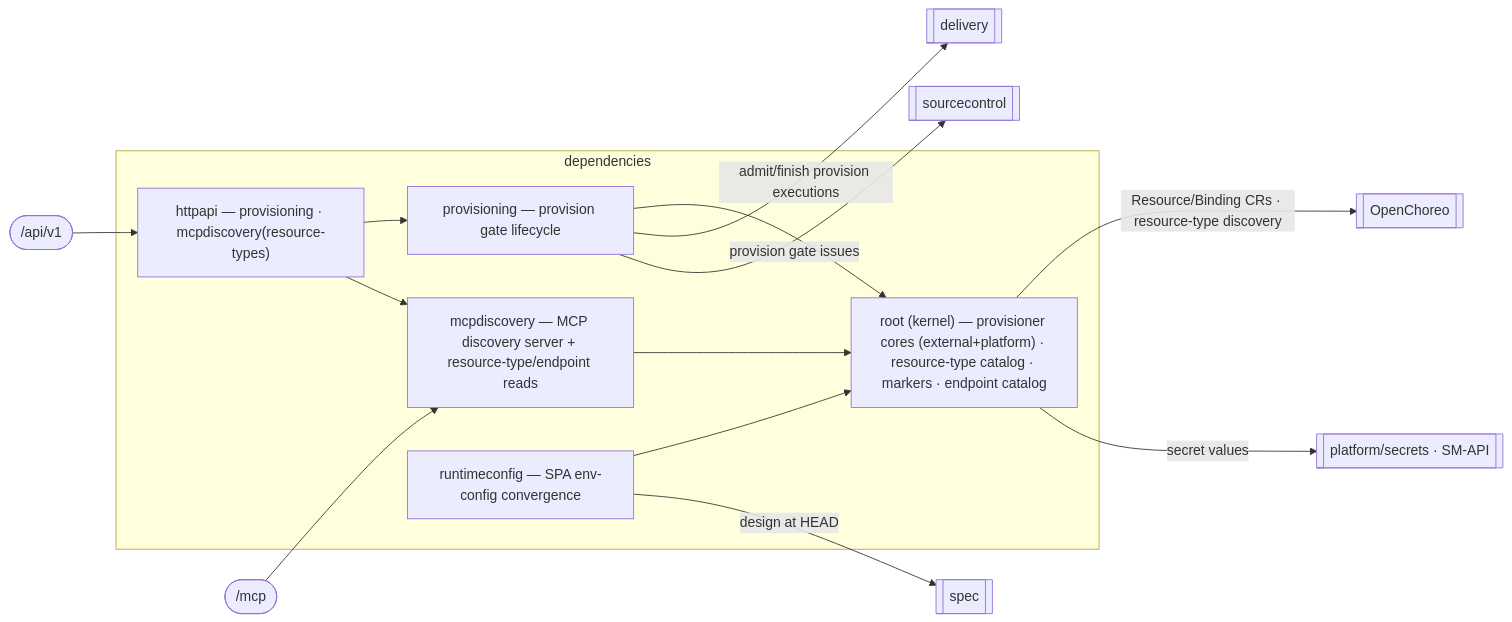
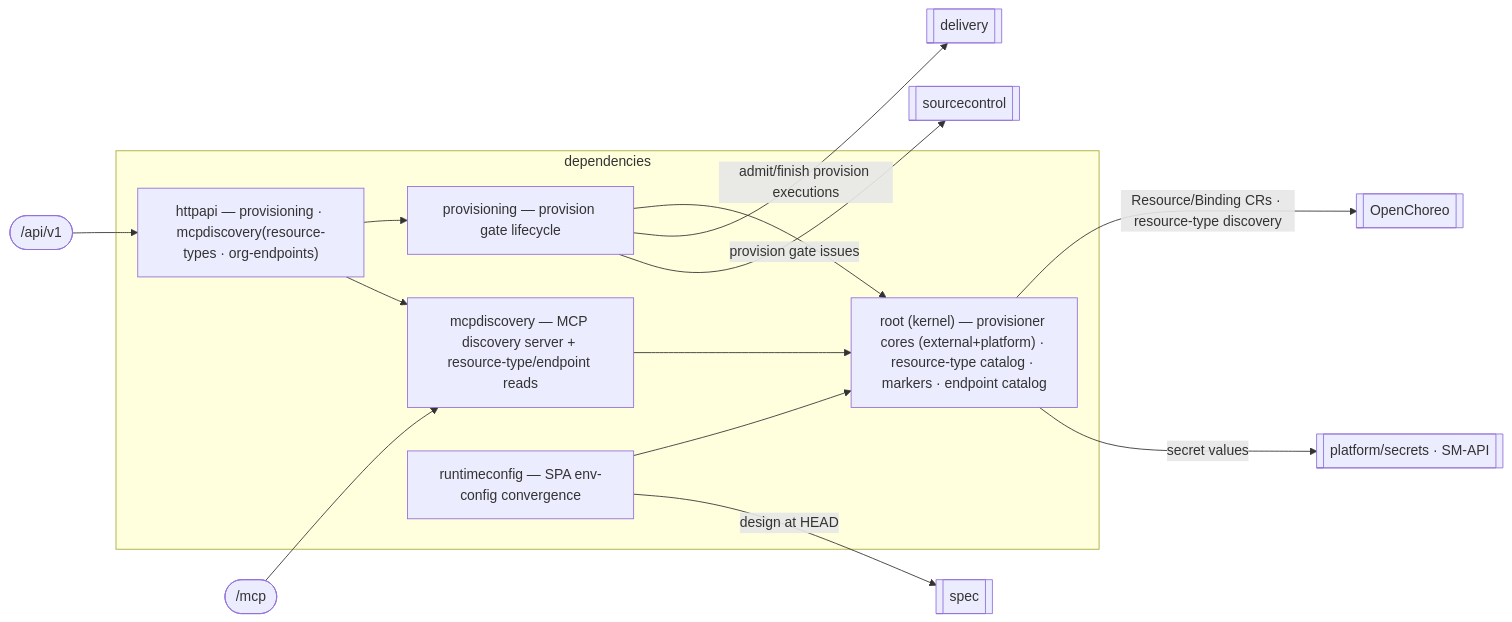
Before and after one commit to wso2/labs-agentic-engineer: the diagram in services/aep-api/internal/dependencies/README.md, drawn with Mermaid. The commit also changed other lines of this file, not shown here.

Commit message:
Document ListOrgEndpoints on the mcpdiscovery HTTP slice.
services/AGENTS.md requires the domain README to match shipped architecture
in the same change; the aggregator mermaid and ops row still named only
ListPlatformResourceTypes.

````diff
--- a/services/aep-api/internal/dependencies/README.md
+++ b/services/aep-api/internal/dependencies/README.md
@@ -12,22 +12,22 @@
 ```mermaid
 flowchart LR
   API(["/api/v1"]) --> HTTP
   MCP(["/mcp"]) --> DISC
   subgraph dependencies
-    HTTP["httpapi — provisioning · mcpdiscovery(resource-types)"]
+    HTTP["httpapi — provisioning · mcpdiscovery(resource-types · org-endpoints)"]
     ROOT["root (kernel) — provisioner cores (external+platform) · resource-type catalog · markers · endpoint catalog"]
     PROV["provisioning — provision gate lifecycle"]
     RC["runtimeconfig — SPA env-config convergence"]
     DISC["mcpdiscovery — MCP discovery server + resource-type/endpoint reads"]
     HTTP --> PROV
     HTTP --> DISC
     PROV --> ROOT
     RC --> ROOT
     DISC --> ROOT
   end
   ROOT -->|Resource/Binding CRs · resource-type discovery| OC[[OpenChoreo]]
   ROOT -->|secret values| SM[[platform/secrets · SM-API]]
   PROV -->|admit/finish provision executions| DEL[[delivery]]
   PROV -->|provision gate issues| SC[[sourcecontrol]]
   RC -->|design at HEAD| SPEC[[spec]]
 ```
````
